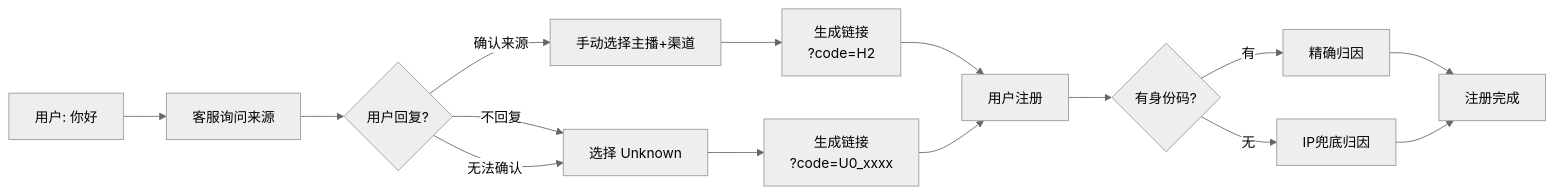
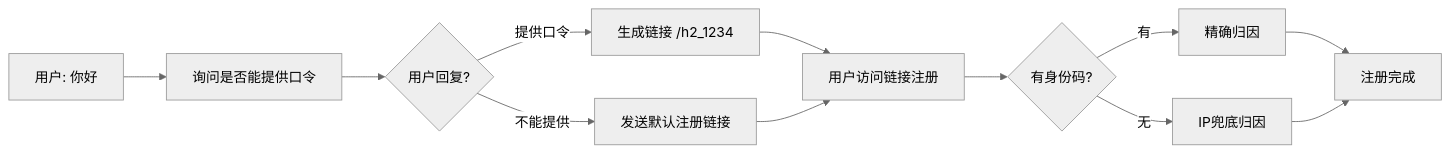
The third of 4 diagrams in projects/001-growNewUsers/001-03-landing-page/docs/TK引流到注册完整链路PRD.md (covetworld-png/dinoisland), drawn with Mermaid (neutral theme) before and after one commit. The commit also changed other lines of this file and 2 other files, not shown here.

````diff
--- a/projects/001-growNewUsers/001-03-landing-page/docs/TK引流到注册完整链路PRD.md
+++ b/projects/001-growNewUsers/001-03-landing-page/docs/TK引流到注册完整链路PRD.md
@@ -188,22 +174,18 @@
 ```mermaid
 flowchart LR
-    A[用户: 你好] --> B[客服询问来源]
+    A[用户: 你好] --> B[询问是否能提供口令]
     B --> C{用户回复?}
     
-    C -->|确认来源| D[手动选择主播+渠道]
-    C -->|不回复| E[选择 Unknown]
-    C -->|无法确认| E
+    C -->|提供口令| D[生成链接 /h2_1234]
+    C -->|不能提供| E[发送默认注册链接]
     
-    D --> F[生成链接<br/>?code=H2]
-    E --> G[生成链接<br/>?code=U0_xxxx]
+    D --> F[用户访问链接注册]
+    E --> F
     
-    F --> H[用户注册]
-    G --> H
+    F --> G{有身份码?}
+    G -->|有| H[精确归因]
+    G -->|无| I[IP兜底归因]
     
-    H --> I{有身份码?}
-    I -->|有| J[精确归因]
-    I -->|无| K[IP兜底归因]
-    
-    J --> L[注册完成]
-    K --> L
+    H --> J[注册完成]
+    I --> J
 ```
````
